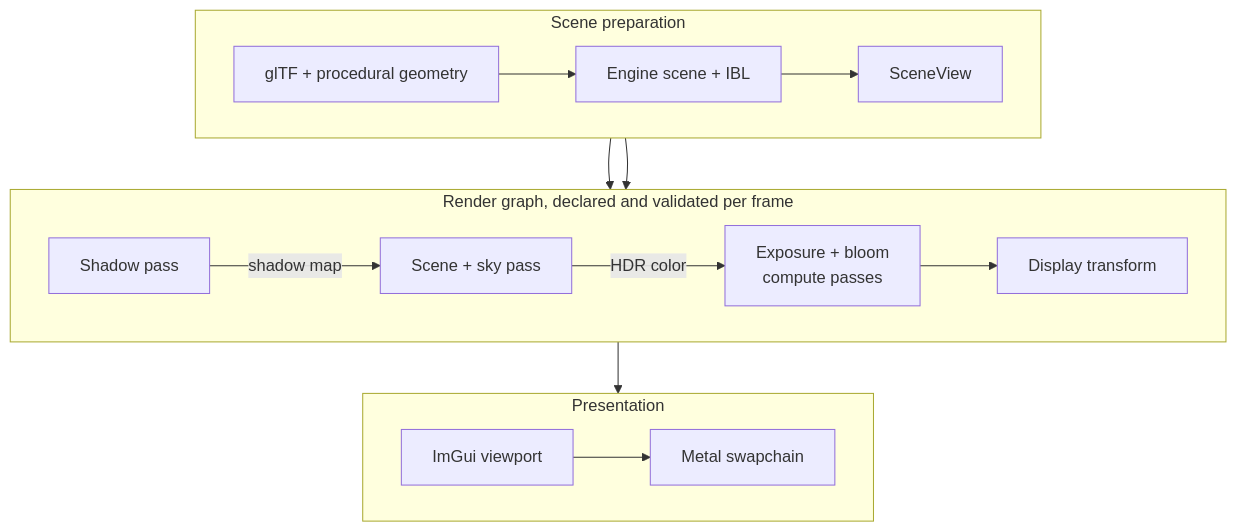
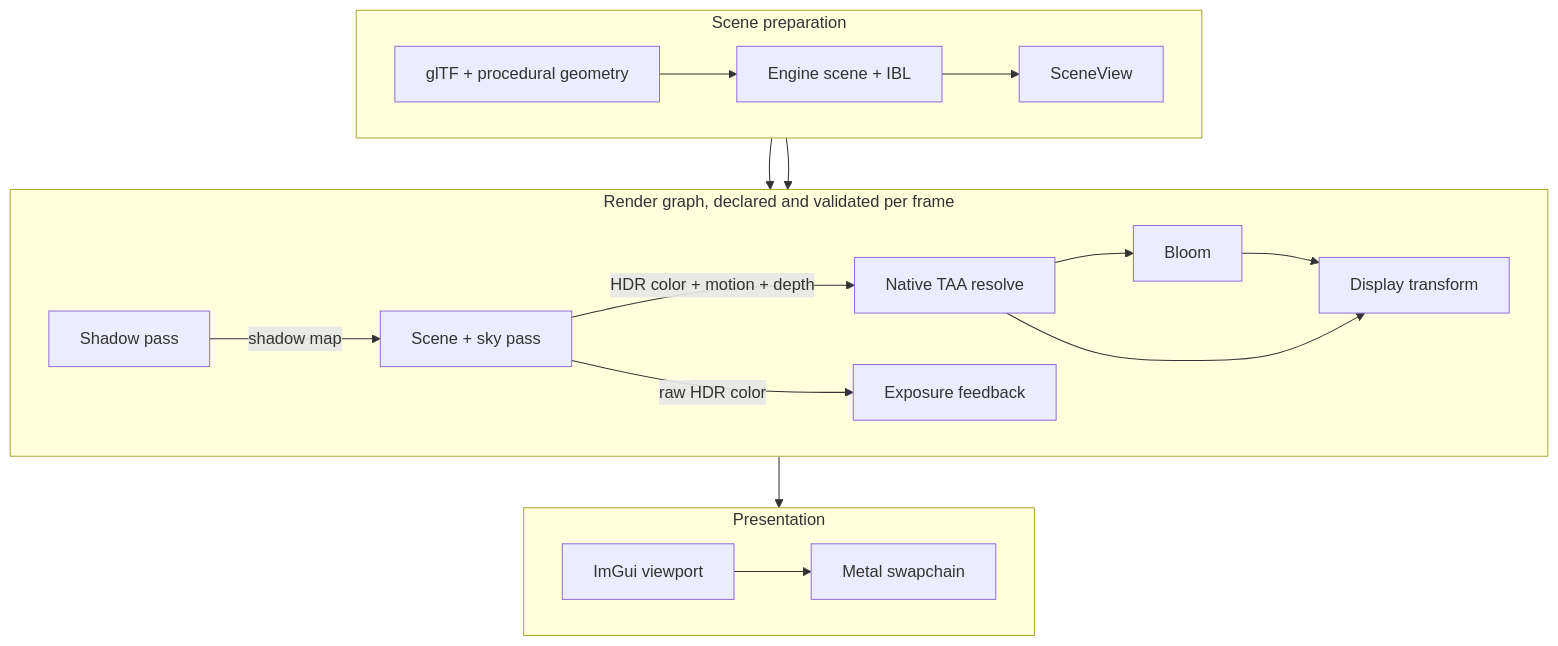
The first of 2 diagrams in README.md (AmanThuL/Luminex), drawn with Mermaid before and after one commit. The commit also changed other lines of this file and 53 other files, not shown here.

First line of the commit message:
render: stabilize native TAA and exposure transitions (#22)

````diff
--- a/README.md
+++ b/README.md
@@ -41,18 +42,20 @@
 ```mermaid
 flowchart TB
     subgraph Scene["Scene preparation"]
         direction LR
         Assets["glTF + procedural geometry"] --> Engine["Engine scene + IBL"] --> View["SceneView"]
     end
     subgraph Frame["Render graph, declared and validated per frame"]
         direction LR
-        Shadow["Shadow pass"] -->|shadow map| Scene2["Scene + sky pass"] -->|HDR color| Post["Exposure + bloom<br/>compute passes"] --> Display["Display transform"]
+        Shadow["Shadow pass"] -->|shadow map| Scene2["Scene + sky pass"] -->|HDR color + motion + depth| Temporal["Native TAA resolve"] --> Bloom["Bloom"] --> Display["Display transform"]
+        Scene2 -->|raw HDR color| Exposure["Exposure feedback"]
+        Temporal --> Display
     end
     subgraph Presentation
         direction LR
         UI["ImGui viewport"] --> Present["Metal swapchain"]
     end
     View --> Shadow
     View --> Scene2
     Display --> UI
 ```
````
